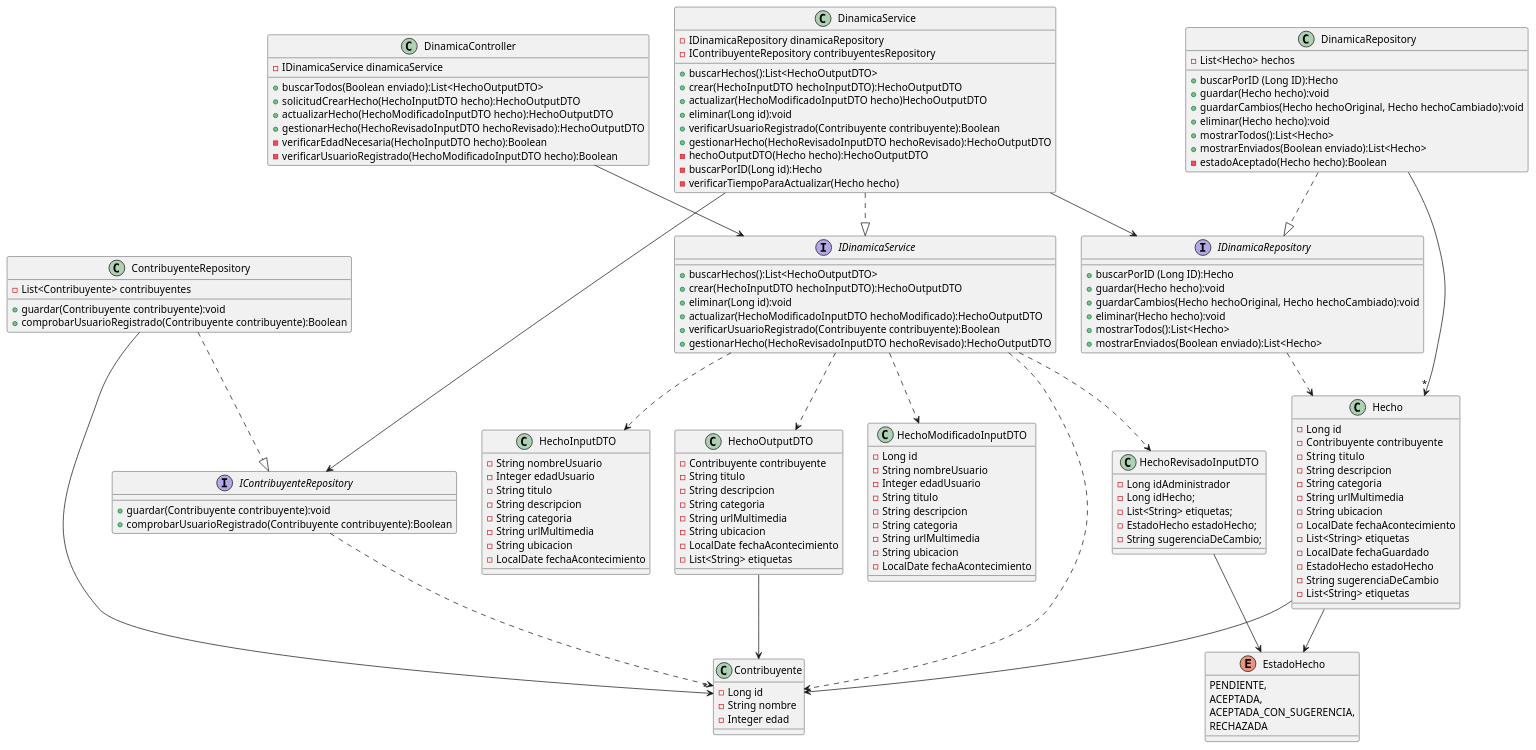
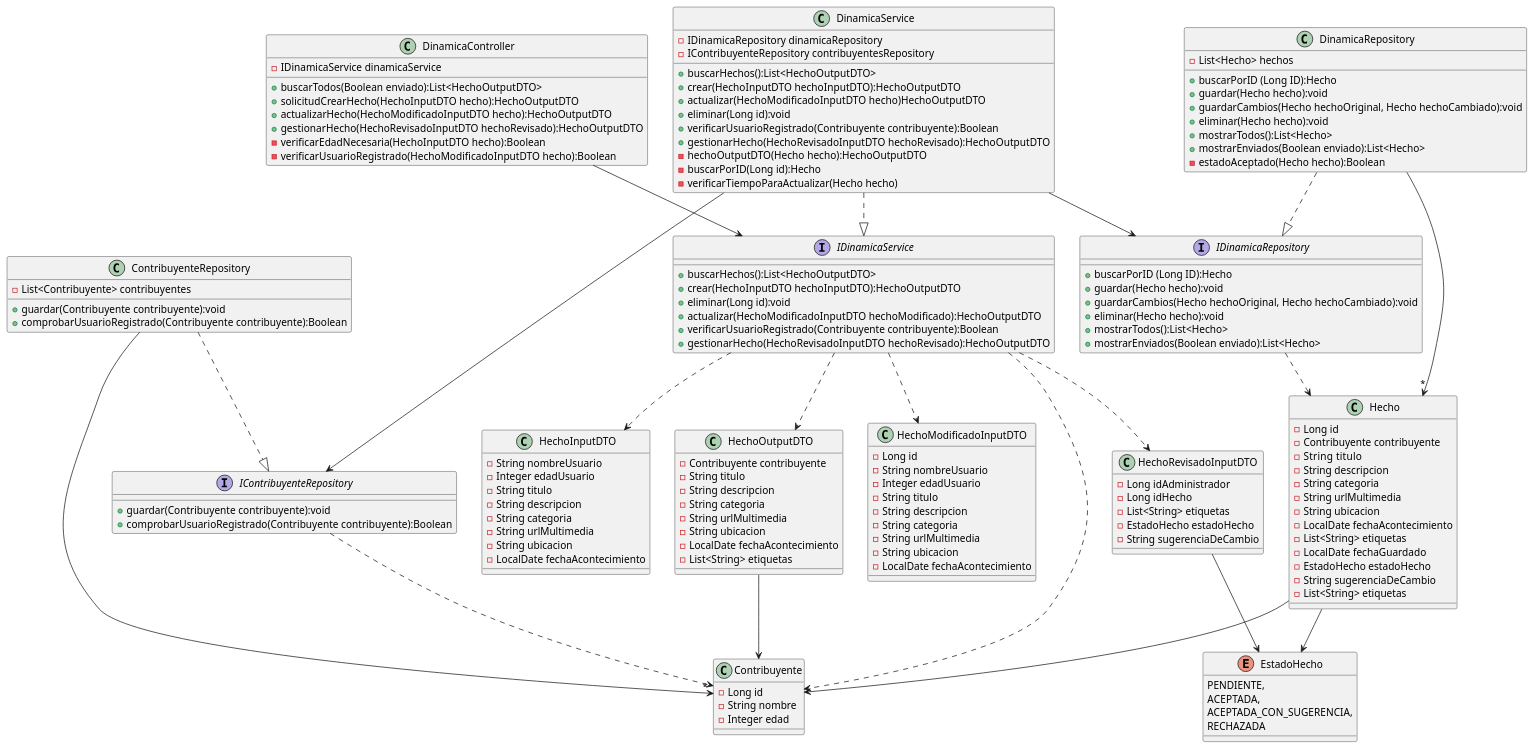
The diagram in fuenteDinamica/DiagramaDeClases-FuenteDinamica.puml (BrunoRodriguezzz/tp-dsi), drawn with PlantUML before and after one commit. The commit also changed 8 other files, not shown here.

```diff
--- a/fuenteDinamica/DiagramaDeClases-FuenteDinamica.puml
+++ b/fuenteDinamica/DiagramaDeClases-FuenteDinamica.puml
@@ -1,194 +1,194 @@
 @startuml
 'Hecho
  Hecho --> Contribuyente
  Hecho --> EstadoHecho
 
 'HechoRevisadoInputDTO
  HechoRevisadoInputDTO --> EstadoHecho
 
 'HechoOutputDTO
  HechoOutputDTO --> Contribuyente
 
 'IContribuyenteRepository
  IContribuyenteRepository ..> Contribuyente
 
 'ContribuyenteRepository
  ContribuyenteRepository ..|> IContribuyenteRepository
  ContribuyenteRepository -->"*" Contribuyente
 
 'IDinamicaRepository
  IDinamicaRepository ..> Hecho
 
 'DinamicaRepository
  DinamicaRepository ..|> IDinamicaRepository
  DinamicaRepository -->"*" Hecho
 
 'IDinamicaService
  IDinamicaService ..> HechoOutputDTO
  IDinamicaService ..> HechoInputDTO
  IDinamicaService ..> HechoModificadoInputDTO
  IDinamicaService ..> HechoRevisadoInputDTO
  IDinamicaService ..> Contribuyente
 
 'DinamicaService
  DinamicaService ..|> IDinamicaService
  DinamicaService --> IDinamicaRepository
  DinamicaService --> IContribuyenteRepository
 
 'DinamicaController
  DinamicaController --> IDinamicaService
 
 class HechoInputDTO {
 
     - String nombreUsuario
     - Integer edadUsuario
     - String titulo
     - String descripcion
     - String categoria
     - String urlMultimedia
     - String ubicacion
     - LocalDate fechaAcontecimiento
 }
 
 class HechoModificadoInputDTO {
 
     - Long id
     - String nombreUsuario
     - Integer edadUsuario
     - String titulo
     - String descripcion
     - String categoria
     - String urlMultimedia
     - String ubicacion
     - LocalDate fechaAcontecimiento
 }
 
 class HechoRevisadoInputDTO {
 
     - Long idAdministrador
-    - Long idHecho;
-    - List<String> etiquetas;
-    - EstadoHecho estadoHecho;
-    - String sugerenciaDeCambio;
+    - Long idHecho
+    - List<String> etiquetas
+    - EstadoHecho estadoHecho
+    - String sugerenciaDeCambio
 }
 
 class HechoOutputDTO {
     - Contribuyente contribuyente
     - String titulo
     - String descripcion
     - String categoria
     - String urlMultimedia
     - String ubicacion
     - LocalDate fechaAcontecimiento
     - List<String> etiquetas
 }
 
 class Hecho {
 
     - Long id
     - Contribuyente contribuyente
     - String  titulo
     - String descripcion
     - String categoria
     - String urlMultimedia
     - String ubicacion
     - LocalDate fechaAcontecimiento
     - List<String> etiquetas
     - LocalDate fechaGuardado
     - EstadoHecho estadoHecho
     - String sugerenciaDeCambio
     - List<String> etiquetas
 }
 
 class Contribuyente {
     - Long id
     - String nombre
     - Integer edad
 }
 
 enum EstadoHecho {
     PENDIENTE,
     ACEPTADA,
     ACEPTADA_CON_SUGERENCIA,
     RECHAZADA
 }
 
 interface IContribuyenteRepository {
 
     + guardar(Contribuyente contribuyente):void
     + comprobarUsuarioRegistrado(Contribuyente contribuyente):Boolean
 
 }
 
 class ContribuyenteRepository{
 
     - List<Contribuyente> contribuyentes
 
     + guardar(Contribuyente contribuyente):void
     + comprobarUsuarioRegistrado(Contribuyente contribuyente):Boolean
 }
 
 interface IDinamicaRepository {
 
     + buscarPorID (Long ID):Hecho
     + guardar(Hecho hecho):void
     + guardarCambios(Hecho hechoOriginal, Hecho hechoCambiado):void
     + eliminar(Hecho hecho):void
     + mostrarTodos():List<Hecho>
     + mostrarEnviados(Boolean enviado):List<Hecho>
 
 }
 
 class DinamicaRepository{
 
     - List<Hecho> hechos
 
     + buscarPorID (Long ID):Hecho
     + guardar(Hecho hecho):void
     + guardarCambios(Hecho hechoOriginal, Hecho hechoCambiado):void
     + eliminar(Hecho hecho):void
     + mostrarTodos():List<Hecho>
     + mostrarEnviados(Boolean enviado):List<Hecho>
     - estadoAceptado(Hecho hecho):Boolean
 }
 
 interface IDinamicaService {
 
     + buscarHechos():List<HechoOutputDTO>
     + crear(HechoInputDTO hechoInputDTO):HechoOutputDTO
     + eliminar(Long id):void
     + actualizar(HechoModificadoInputDTO hechoModificado):HechoOutputDTO
     + verificarUsuarioRegistrado(Contribuyente contribuyente):Boolean
     + gestionarHecho(HechoRevisadoInputDTO hechoRevisado):HechoOutputDTO
 
 }
 
 class DinamicaService{
 
     - IDinamicaRepository dinamicaRepository
     - IContribuyenteRepository contribuyentesRepository
 
     + buscarHechos():List<HechoOutputDTO>
     + crear(HechoInputDTO hechoInputDTO):HechoOutputDTO
     + actualizar(HechoModificadoInputDTO hecho)HechoOutputDTO
     + eliminar(Long id):void
     + verificarUsuarioRegistrado(Contribuyente contribuyente):Boolean
     + gestionarHecho(HechoRevisadoInputDTO hechoRevisado):HechoOutputDTO
     - hechoOutputDTO(Hecho hecho):HechoOutputDTO
     - buscarPorID(Long id):Hecho
     - verificarTiempoParaActualizar(Hecho hecho)
 }
 
 class DinamicaController{
 
     - IDinamicaService dinamicaService
 
     + buscarTodos(Boolean enviado):List<HechoOutputDTO>
     + solicitudCrearHecho(HechoInputDTO hecho):HechoOutputDTO
     + actualizarHecho(HechoModificadoInputDTO hecho):HechoOutputDTO
     + gestionarHecho(HechoRevisadoInputDTO hechoRevisado):HechoOutputDTO
     - verificarEdadNecesaria(HechoInputDTO hecho):Boolean
     - verificarUsuarioRegistrado(HechoModificadoInputDTO hecho):Boolean
 
 }
 @enduml
```
